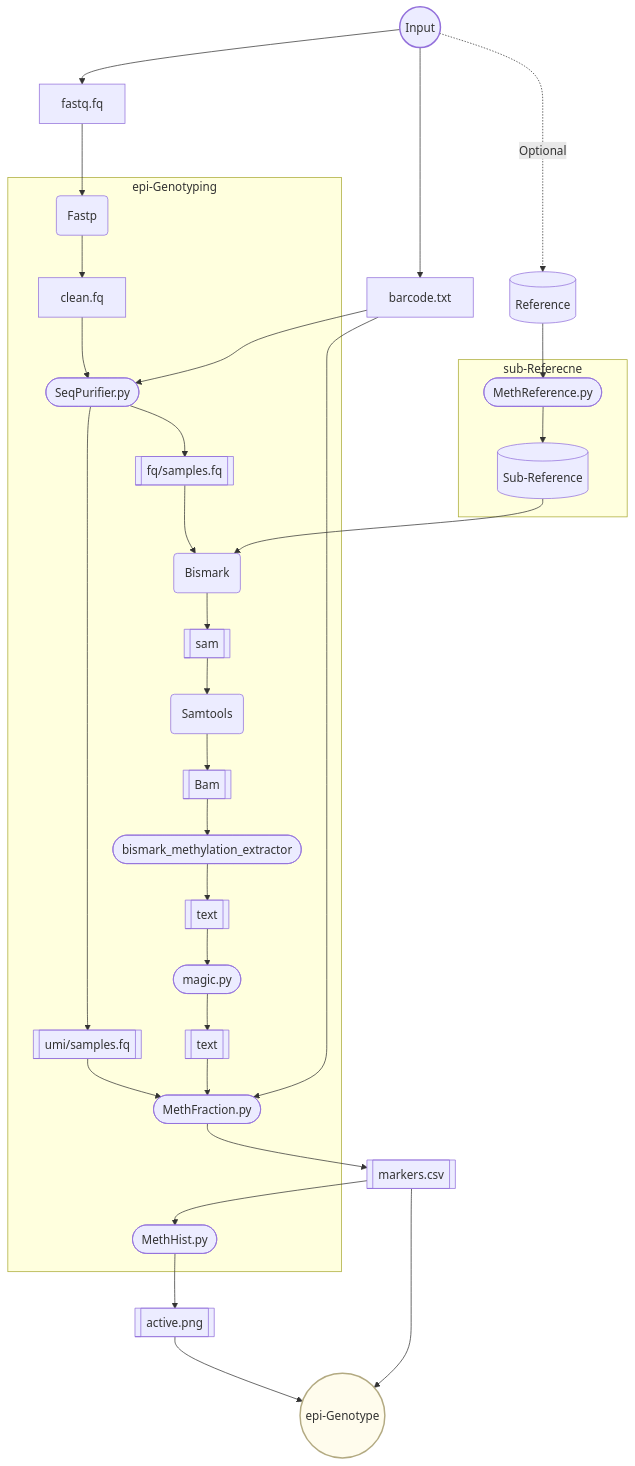
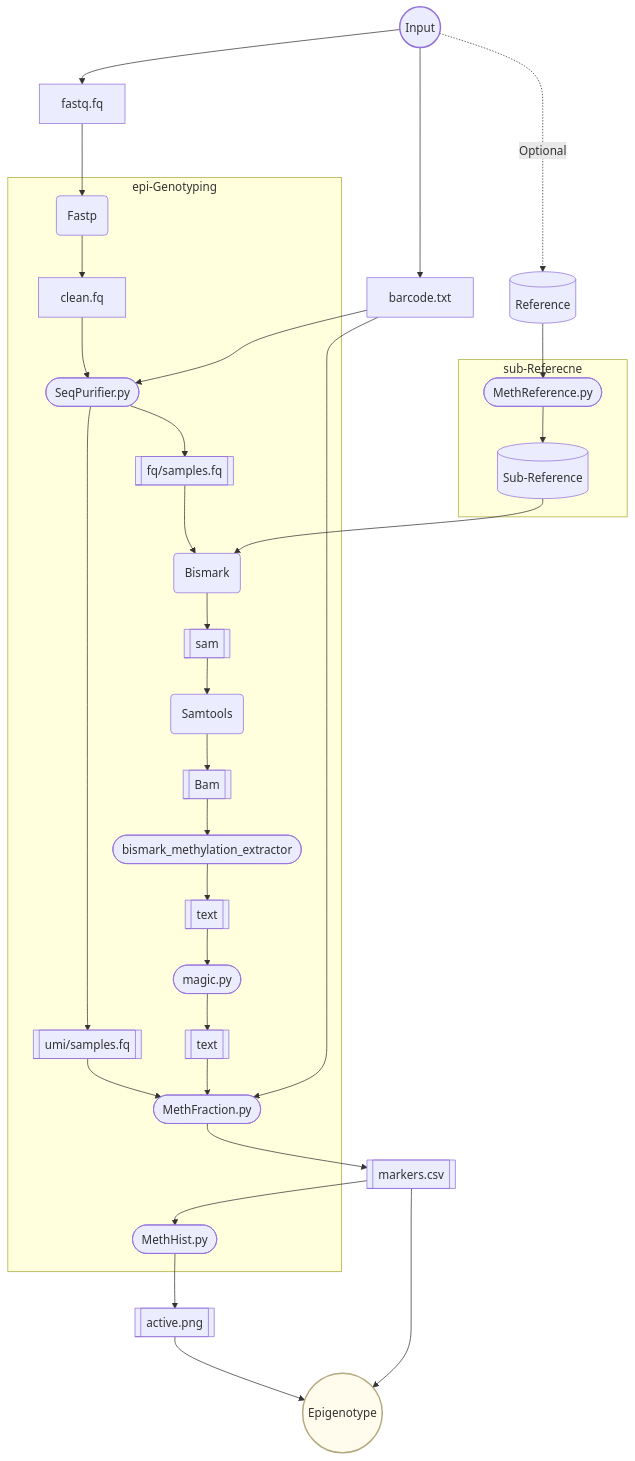
One commit to Hanryi/MarkerTech changed the third of 3 diagrams in resource/workflow.md. Above: the diagram before and after it, drawn with Mermaid. The commit also changed other lines of this file and 12 other files, not shown here.

```diff
--- a/resource/workflow.md
+++ b/resource/workflow.md
@@ -183,43 +183,43 @@
 ~~~mermaid
 flowchart TB
     
     %% Definition of style class
     classDef endPoint fill:#FFFCED,stroke:#B3AA82,stroke-width:2px
     classDef startPoint stroke-width:2px
     
     %% Subgraph of sequence analysis
     subgraph epi-Genotyping
     Fastp(Fastp) --> clean.fq --> SPpy([SeqPurifier.py])
     %% Diverge of clean.fq
     SPpy --> fqSample[[fq/samples.fq]]
     SPpy --> umiSample[[umi/samples.fq]]
     fqSample --> Bismark(Bismark) --> Sam[[sam]] --> Samtools(Samtools) --> Bam[[Bam]] --> extractor([bismark_methylation_extractor]) --> sampleTxt[[text]] --> magic([magic.py]) --> methTxt[[text]]
     %% Converge of molecular marker and umi marker
     umiSample --> MFpy([MethFraction.py])
     methTxt --> MFpy
     %% Plot unit
     MethHist([MethHist.py])
     end
     
     %% Subgraph of sequence analysis
     subgraph sub-Referecne
     MethReference([MethReference.py]) --> subRefSeq[(Sub-Reference)] --> Bismark
     end
     
     %% Input start
     SAservice((Input)):::startPoint --> fastq.fq
     SAservice:::startPoint --> barcode.txt
     SAservice:::startPoint -.Optional.-> RefSeq[(Reference)]
     
     %% Flow of user inputs
     fastq.fq --> Fastp
     barcode.txt --> SPpy
     barcode.txt --> MFpy
     RefSeq --> MethReference
     
     MFpy --> Mcsv[[markers.csv]]
     Mcsv[[markers.csv]] --> MethHist --> Mpng[[active.png]]
     Mpng[[active.png]] --> result((epi-Genotype)):::endPoint
     Mcsv[[markers.csv]] --> result((epi-Genotype)):::endPoint
-    result((epi-Genotype)):::endPoint
+    result((Epigenotype)):::endPoint
 ~~~
```
